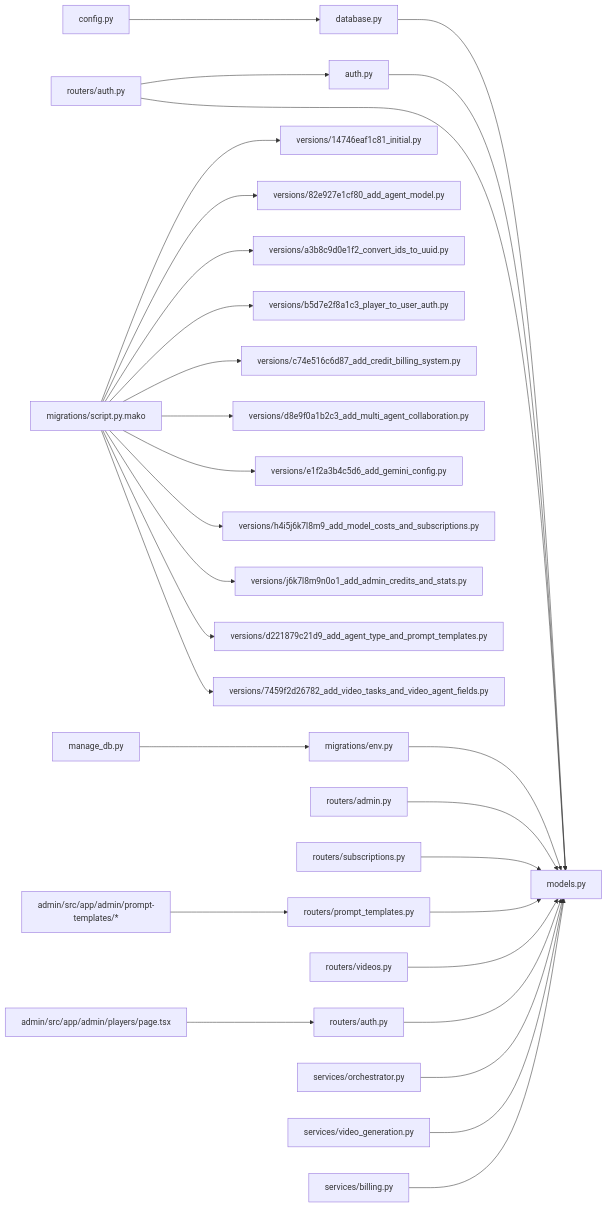
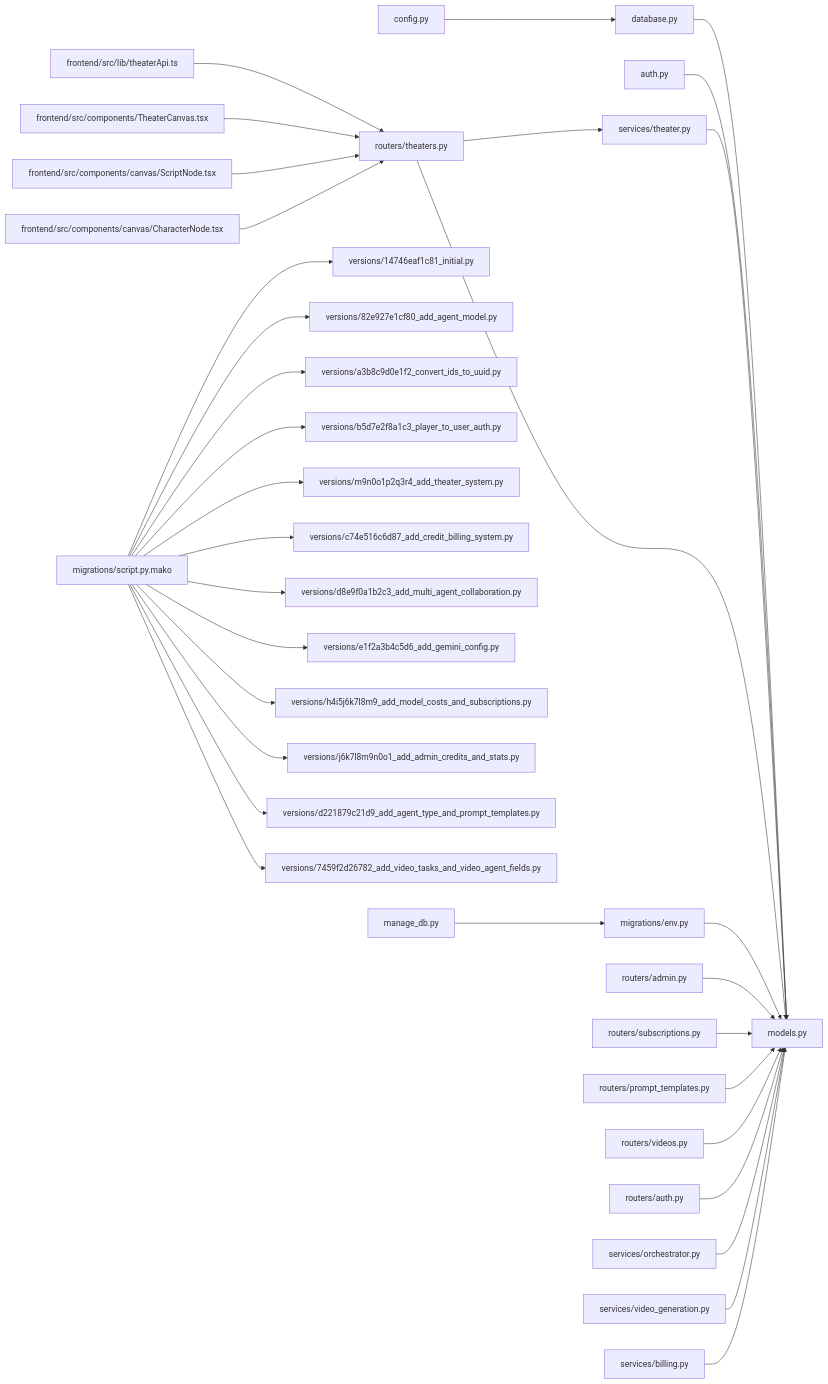
Before and after one commit to KunLabAI/KunFlix: the fourth of 5 diagrams in .qoder/repowiki/zh/content/后端开发指南/数据库模型设计.md, drawn with Mermaid. The commit also changed other lines of this file and 39 other files, not shown here.

````diff
--- a/.qoder/repowiki/zh/content/后端开发指南/数据库模型设计.md
+++ b/.qoder/repowiki/zh/content/后端开发指南/数据库模型设计.md
@@ -921,31 +1030,35 @@
 ```mermaid
 graph LR
 CFG["config.py"] --> DB["database.py"]
 DB --> MODELS["models.py"]
 AUTH["auth.py"] --> MODELS
-AUTH_ROUTER["routers/auth.py"] --> AUTH
-AUTH_ROUTER --> MODELS
+THEATER_ROUTER["routers/theaters.py"] --> THEATER_SERVICE["services/theater.py"]
+THEATER_SERVICE --> MODELS
+THEATER_ROUTER --> MODELS
 ENV["migrations/env.py"] --> MODELS
 SCRIPT["migrations/script.py.mako"] --> V1["versions/14746eaf1c81_initial.py"]
 SCRIPT --> V2["versions/82e927e1cf80_add_agent_model.py"]
 SCRIPT --> VUUID["versions/a3b8c9d0e1f2_convert_ids_to_uuid.py"]
 SCRIPT --> VUSER["versions/b5d7e2f8a1c3_player_to_user_auth.py"]
+SCRIPT --> VTHEATER["versions/m9n0o1p2q3r4_add_theater_system.py"]
 SCRIPT --> VC["versions/c74e516c6d87_add_credit_billing_system.py"]
 SCRIPT --> VM["versions/d8e9f0a1b2c3_add_multi_agent_collaboration.py"]
 SCRIPT --> VG["versions/e1f2a3b4c5d6_add_gemini_config.py"]
 SCRIPT --> VS["versions/h4i5j6k7l8m9_add_model_costs_and_subscriptions.py"]
 SCRIPT --> VA["versions/j6k7l8m9n0o1_add_admin_credits_and_stats.py"]
 SCRIPT --> VP["versions/d221879c21d9_add_agent_type_and_prompt_templates.py"]
 SCRIPT --> VV["versions/7459f2d26782_add_video_tasks_and_video_agent_fields.py"]
 ROUTERS_A["routers/admin.py"] --> MODELS
 ROUTERS_S["routers/subscriptions.py"] --> MODELS
 ROUTERS_P["routers/prompt_templates.py"] --> MODELS
 ROUTERS_V["routers/videos.py"] --> MODELS
 ROUTERS_AUTH["routers/auth.py"] --> MODELS
 SVC_O["services/orchestrator.py"] --> MODELS
 SVC_V["services/video_generation.py"] --> MODELS
 SVC_B["services/billing.py"] --> MODELS
-FRONTEND_USERS["admin/src/app/admin/players/page.tsx"] --> ROUTERS_AUTH
-FRONTEND_PROMPT["admin/src/app/admin/prompt-templates/*"] --> ROUTERS_P
+FRONTEND_THEATER["frontend/src/lib/theaterApi.ts"] --> THEATER_ROUTER
+FRONTEND_CANVAS["frontend/src/components/TheaterCanvas.tsx"] --> THEATER_ROUTER
+FRONTEND_SCRIPT["frontend/src/components/canvas/ScriptNode.tsx"] --> THEATER_ROUTER
+FRONTEND_CHAR["frontend/src/components/canvas/CharacterNode.tsx"] --> THEATER_ROUTER
 MAN["manage_db.py"] --> ENV
 ```
````
